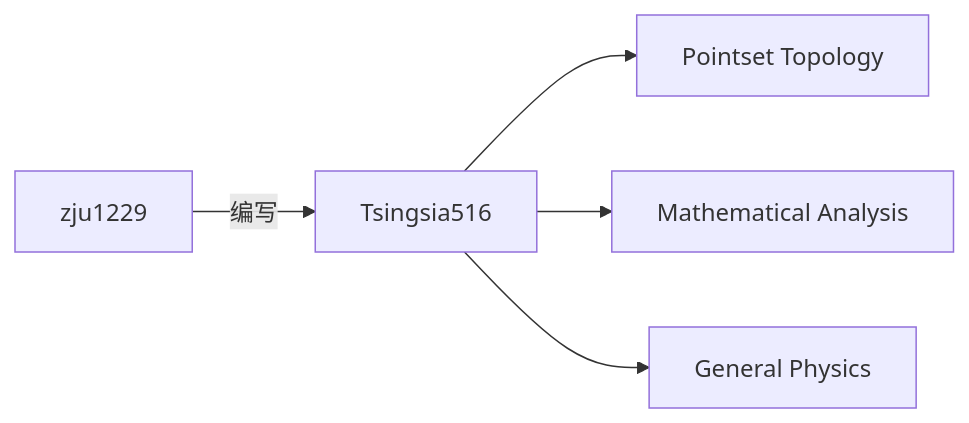
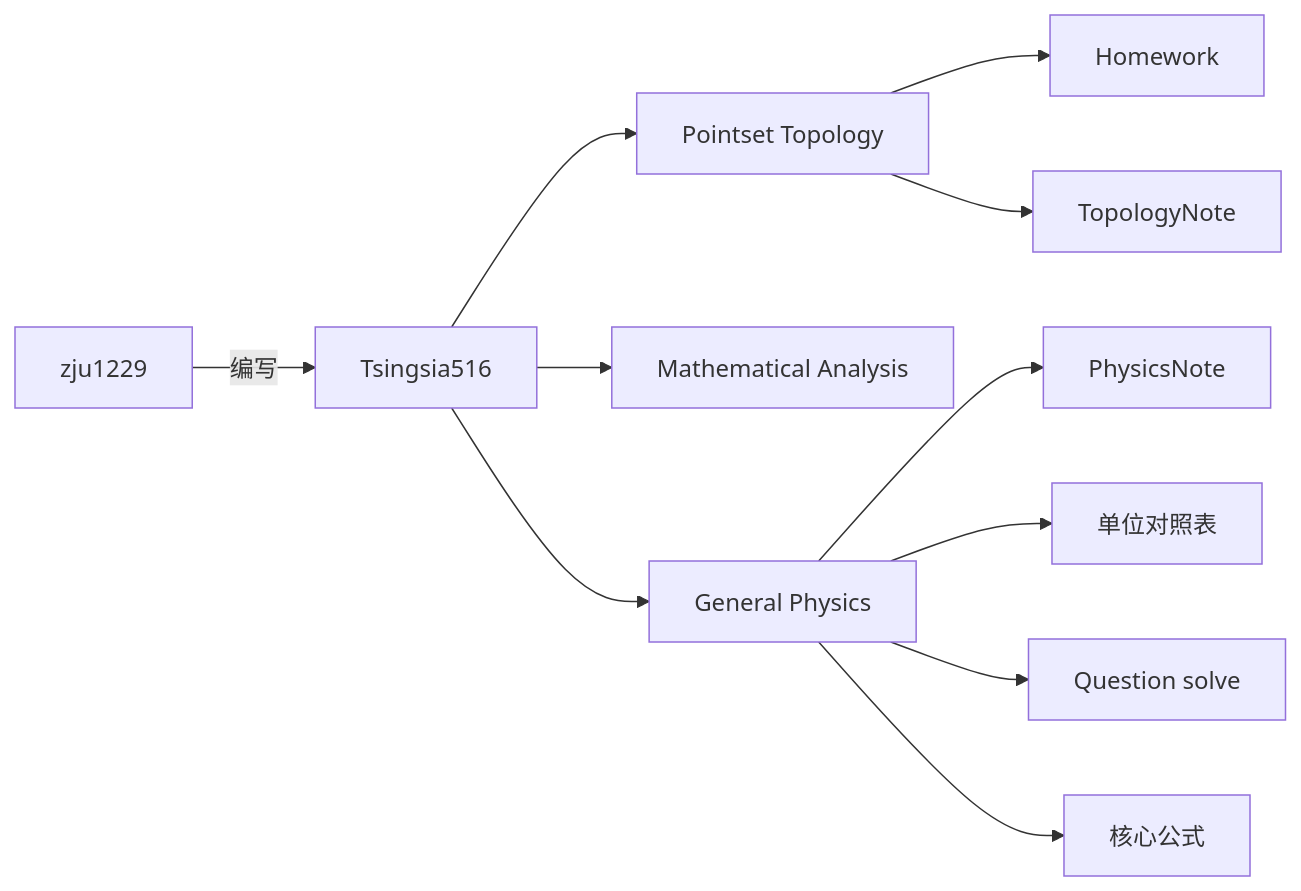
Before and after one commit to zju1229/Tsingsia229_OUTPUT: the second of 3 diagrams in README.md, drawn with Mermaid. The commit also changed other lines of this file, not shown here.

````diff
--- a/README.md
+++ b/README.md
@@ -23,7 +23,13 @@
 ```mermaid
 graph LR
   A[Tsingsia516] --> B[Pointset Topology]
   A --> C[Mathematical Analysis]
   A --> D[General Physics]
   E[zju1229] -->|编写| A
+  B --> B1[Homework]
+  B --> B2[TopologyNote]    
+  D --> D1[PhysicsNote]  
+  D --> D2[单位对照表]
+  D --> D3[Question solve]
+  D --> D4[核心公式]
 ```
````
